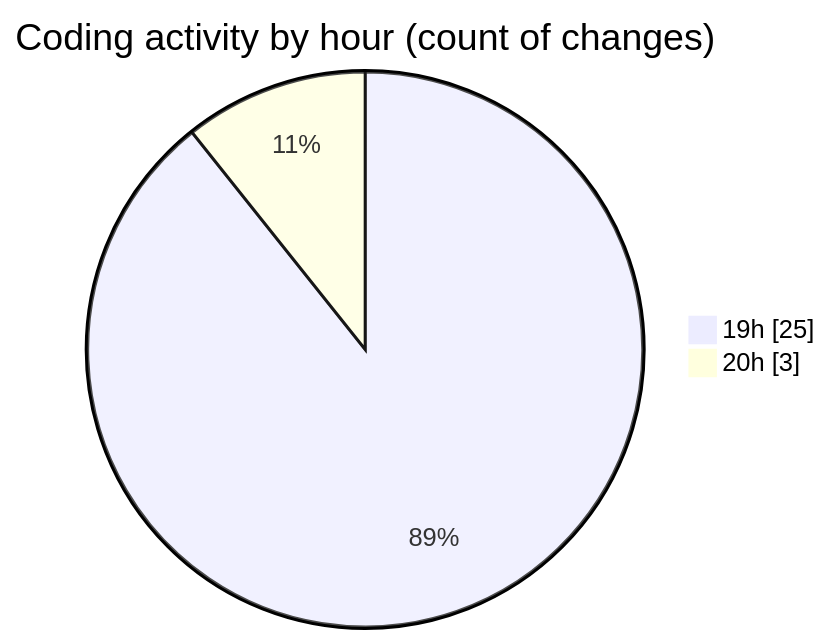
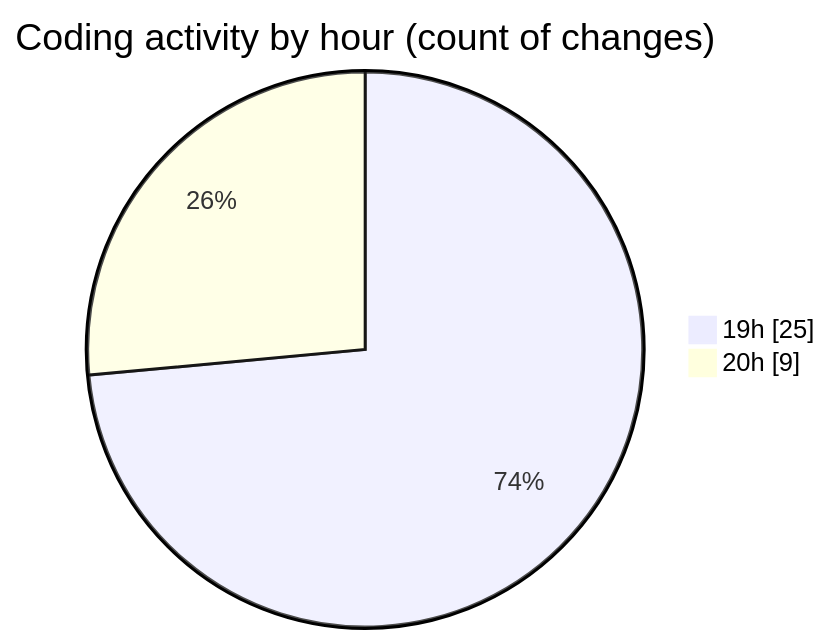
The second of 2 diagrams in 2025-06-09/studio-backend/README.md (idhammustaqopulfikri/code-tracking), drawn with Mermaid before and after one commit. The commit also changed other lines of this file and 1 other file, not shown here.

````diff
--- a/2025-06-09/studio-backend/README.md
+++ b/2025-06-09/studio-backend/README.md
@@ -35,6 +35,6 @@
 ```mermaid
 pie showData
 title Coding activity by hour (count of changes)
 "19h" : 25
-"20h" : 3
+"20h" : 9
 ```
````
